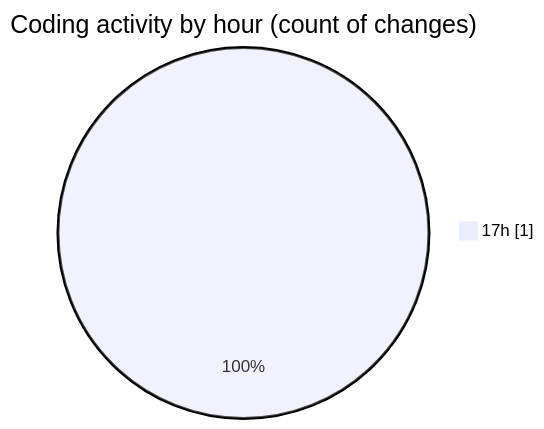
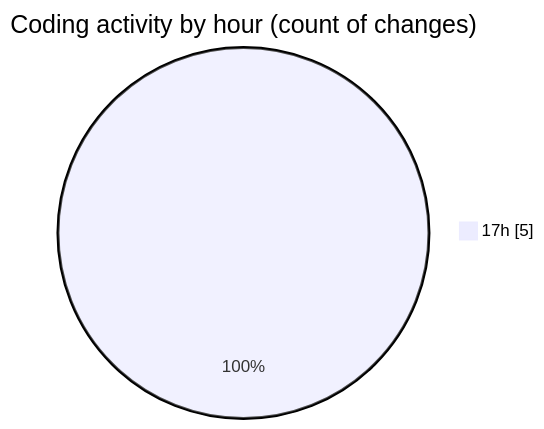
The second of 2 diagrams in 2026-02-01/singularitybrainai/README.md (tmsrecording-cyber/code-tracking), drawn with Mermaid before and after one commit. The commit also changed other lines of this file and 1 other file, not shown here.

````diff
--- a/2026-02-01/singularitybrainai/README.md
+++ b/2026-02-01/singularitybrainai/README.md
@@ -28,5 +28,5 @@
 ```mermaid
 pie showData
 title Coding activity by hour (count of changes)
-"17h" : 1
+"17h" : 5
 ```
````
